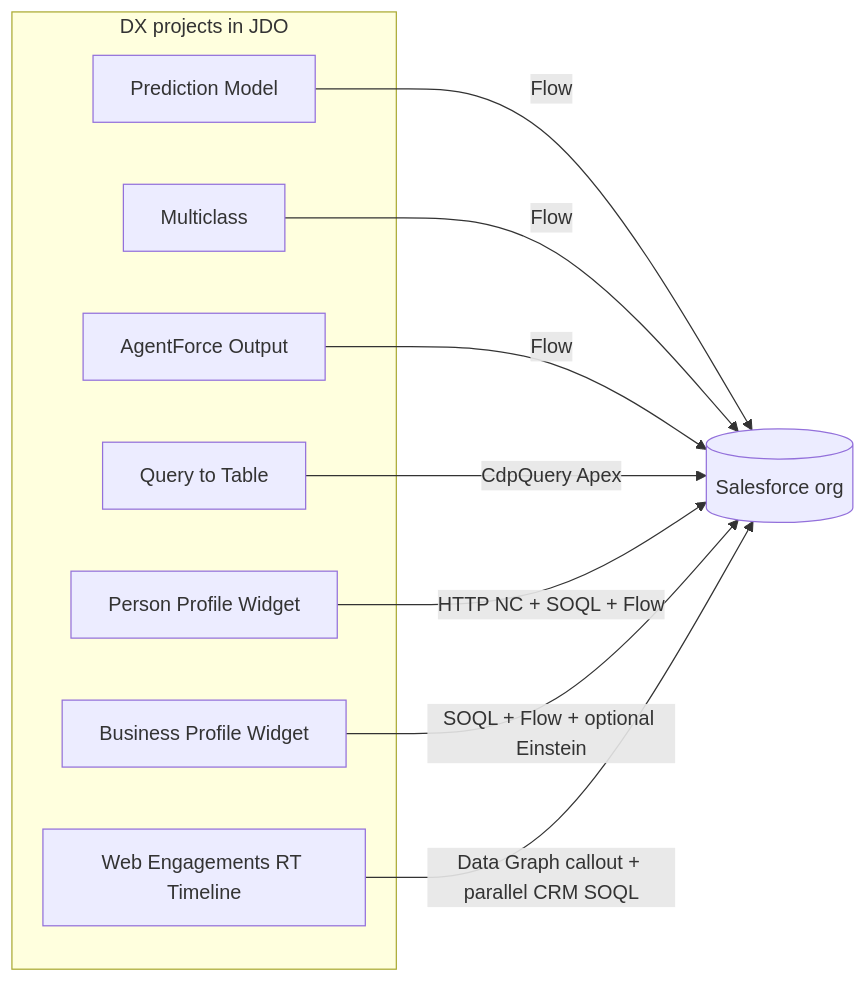
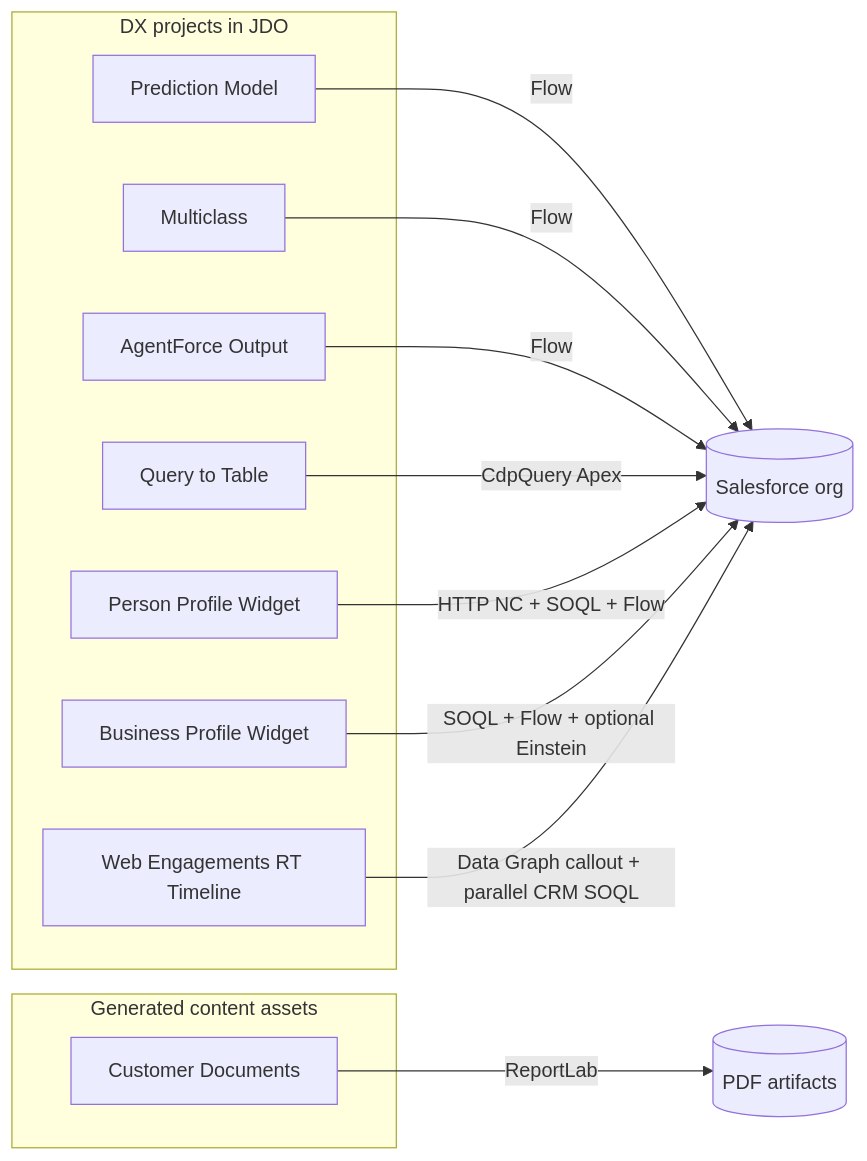
Before and after one commit to josers18/JDO: the first of 6 diagrams in docs/DIAGRAMS.md, drawn with Mermaid. The commit also changed 11 other files, not shown here.

Commit message:
Add generated Snowflake procedure artifacts

````diff
--- a/docs/DIAGRAMS.md
+++ b/docs/DIAGRAMS.md
@@ -7,20 +7,25 @@
 ```mermaid
 flowchart LR
     subgraph dx [DX projects in JDO]
         PM[Prediction Model]
         MC[Multiclass]
         AF[AgentForce Output]
         QT[Query to Table]
         PP[Person Profile Widget]
         BP[Business Profile Widget]
         WE[Web Engagements RT Timeline]
     end
+    subgraph content [Generated content assets]
+        CD[Customer Documents]
+    end
     ORG[(Salesforce org)]
+    PDF[(PDF artifacts)]
     PM -->|Flow| ORG
     MC -->|Flow| ORG
     AF -->|Flow| ORG
     QT -->|CdpQuery Apex| ORG
     PP -->|HTTP NC + SOQL + Flow| ORG
     BP -->|SOQL + Flow + optional Einstein| ORG
     WE -->|Data Graph callout + parallel CRM SOQL| ORG
+    CD -->|ReportLab| PDF
 ```
````
